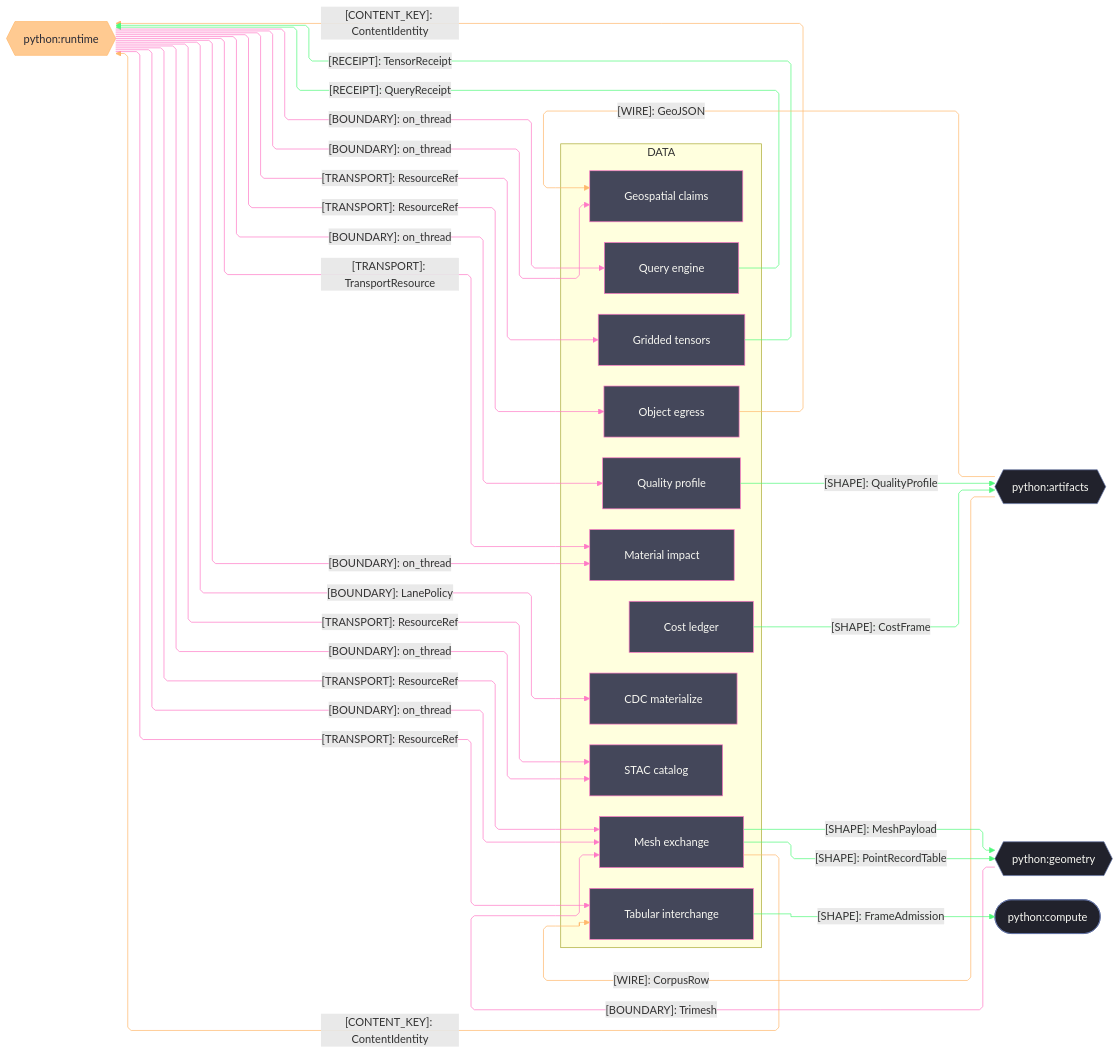
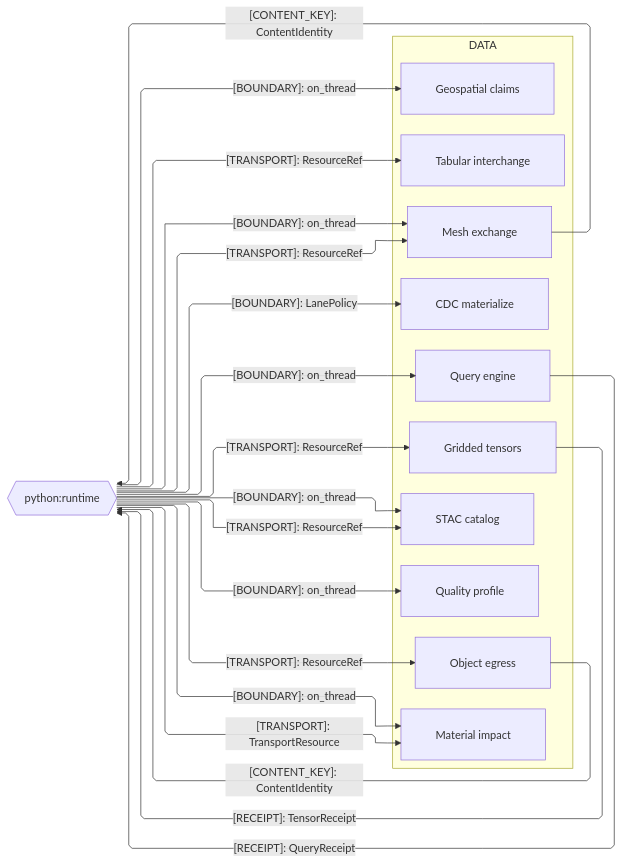
Before and after one commit to bsamiee/Rasm: the first of 4 diagrams in libs/python/data/ARCHITECTURE.md, drawn with Mermaid. The commit also changed other lines of this file and 324 other files, not shown here.

````diff
--- a/libs/python/data/ARCHITECTURE.md
+++ b/libs/python/data/ARCHITECTURE.md
@@ -38,66 +38,45 @@
 ```mermaid
 ---
 config:
   layout: elk
+  elk:
+    nodePlacementStrategy: NETWORK_SIMPLEX
+    considerModelOrder: NODES_AND_EDGES
   flowchart:
     curve: linear
     padding: 25
 ---
 flowchart LR
-    accTitle: Data package Python-peer seam registry
-    accDescr: Data sub-domain owners exchanging content identity, transport, receipts, wires, and frame shapes with the Python runtime, artifacts, geometry, and compute siblings.
+    accTitle: Data package Python host-runtime seam registry
+    accDescr: Data sub-domain owners exchanging content identity, transport, receipts, and thread boundaries with the Python host runtime sibling.
     subgraph data[DATA]
         Tabular[Tabular interchange]
         Egress[Object egress]
         Query[Query engine]
         Materialize[CDC materialize]
-        Profile[Quality profile]
-        Cost[Cost ledger]
-        Geospatial[Geospatial claims]
         Catalog[STAC catalog]
-        Mesh[Mesh exchange]
         Gridded[Gridded tensors]
         Impact[Material impact]
+        Profile[Quality profile]
+        Geospatial[Geospatial claims]
+        Mesh[Mesh exchange]
     end
     Runtime{{python:runtime}}
-    Artifacts{{python:artifacts}}
-    Geometry{{python:geometry}}
-    Compute([python:compute])
     Egress e1@-->|"[CONTENT_KEY]: ContentIdentity"| Runtime
-    Mesh e2@-->|"[CONTENT_KEY]: ContentIdentity"| Runtime
     Query e3@-->|"[RECEIPT]: QueryReceipt"| Runtime
     Gridded e19@-->|"[RECEIPT]: TensorReceipt"| Runtime
+    Mesh e2@-->|"[CONTENT_KEY]: ContentIdentity"| Runtime
     Runtime e4@-->|"[TRANSPORT]: ResourceRef"| Tabular
     Runtime e20@-->|"[TRANSPORT]: ResourceRef"| Egress
+    Runtime e11@-->|"[BOUNDARY]: on_thread"| Query
+    Runtime e17@-->|"[BOUNDARY]: LanePolicy"| Materialize
+    Runtime e23@-->|"[TRANSPORT]: ResourceRef"| Catalog
+    Runtime e18@-->|"[BOUNDARY]: on_thread"| Catalog
     Runtime e21@-->|"[TRANSPORT]: ResourceRef"| Gridded
+    Runtime e5@-->|"[TRANSPORT]: TransportResource"| Impact
+    Runtime e24@-->|"[BOUNDARY]: on_thread"| Impact
+    Runtime e14@-->|"[BOUNDARY]: on_thread"| Profile
+    Runtime e12@-->|"[BOUNDARY]: on_thread"| Geospatial
     Runtime e22@-->|"[TRANSPORT]: ResourceRef"| Mesh
-    Runtime e23@-->|"[TRANSPORT]: ResourceRef"| Catalog
-    Runtime e5@-->|"[TRANSPORT]: TransportResource"| Impact
-    Artifacts e6@-->|"[WIRE]: CorpusRow"| Tabular
-    Profile e7@-->|"[SHAPE]: QualityProfile"| Artifacts
-    Artifacts e8@-->|"[WIRE]: GeoJSON"| Geospatial
-    Mesh e9@-->|"[SHAPE]: MeshPayload"| Geometry
-    Mesh e15@-->|"[SHAPE]: PointRecordTable"| Geometry
-    Geometry e16@-->|"[BOUNDARY]: Trimesh"| Mesh
-    Tabular e10@-->|"[SHAPE]: FrameAdmission"| Compute
-    Runtime e11@-->|"[BOUNDARY]: on_thread"| Query
-    Runtime e12@-->|"[BOUNDARY]: on_thread"| Geospatial
     Runtime e13@-->|"[BOUNDARY]: on_thread"| Mesh
-    Runtime e14@-->|"[BOUNDARY]: on_thread"| Profile
-    Runtime e24@-->|"[BOUNDARY]: on_thread"| Impact
-    Runtime e17@-->|"[BOUNDARY]: LanePolicy"| Materialize
-    Runtime e18@-->|"[BOUNDARY]: on_thread"| Catalog
-    Cost e25@-->|"[SHAPE]: CostFrame"| Artifacts
-    class Tabular,Egress,Query,Materialize,Profile,Cost,Geospatial,Catalog,Mesh,Gridded,Impact primary
-    class Runtime data
-    class Artifacts,Geometry,Compute annotation
-    class e1,e2,e6,e8 edgeData
-    class e3,e7,e9,e10,e15,e19,e25 edgeSuccess
-    class e4,e5,e11,e12,e13,e14,e16,e17,e18,e20,e21,e22,e23,e24 edgeControl
-    classDef primary fill:#44475A,stroke:#FF79C6,color:#F8F8F2
-    classDef data fill:#FFB86CBF,stroke:#FFB86C,color:#282A36
-    classDef annotation fill:#21222C,stroke:#6272A4,color:#F8F8F2
-    classDef edgeData stroke:#FFB86C,color:#F8F8F2
-    classDef edgeSuccess stroke:#50FA7B,color:#F8F8F2
-    classDef edgeControl stroke:#FF79C6,color:#F8F8F2
 ```
````
